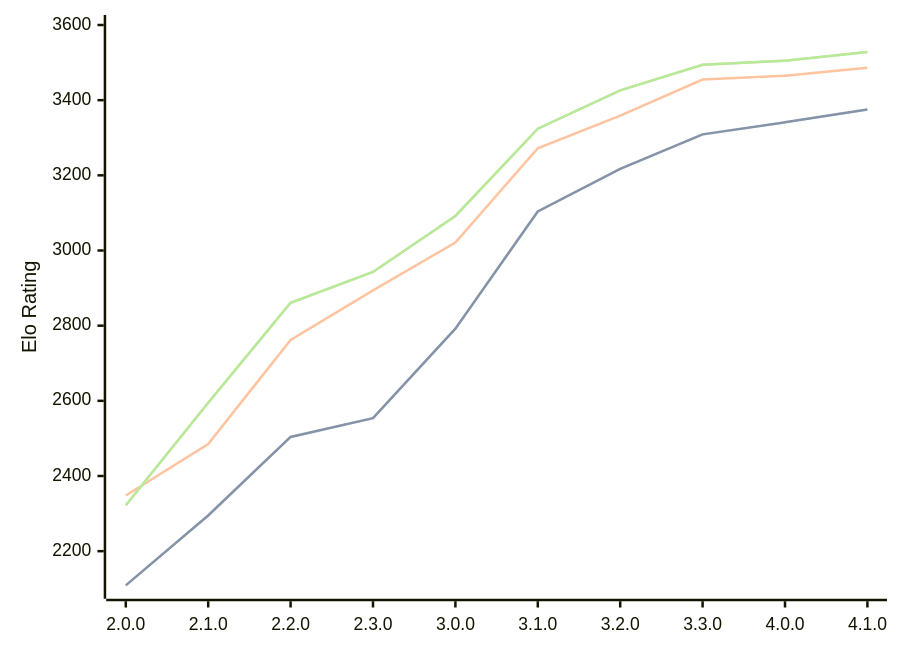
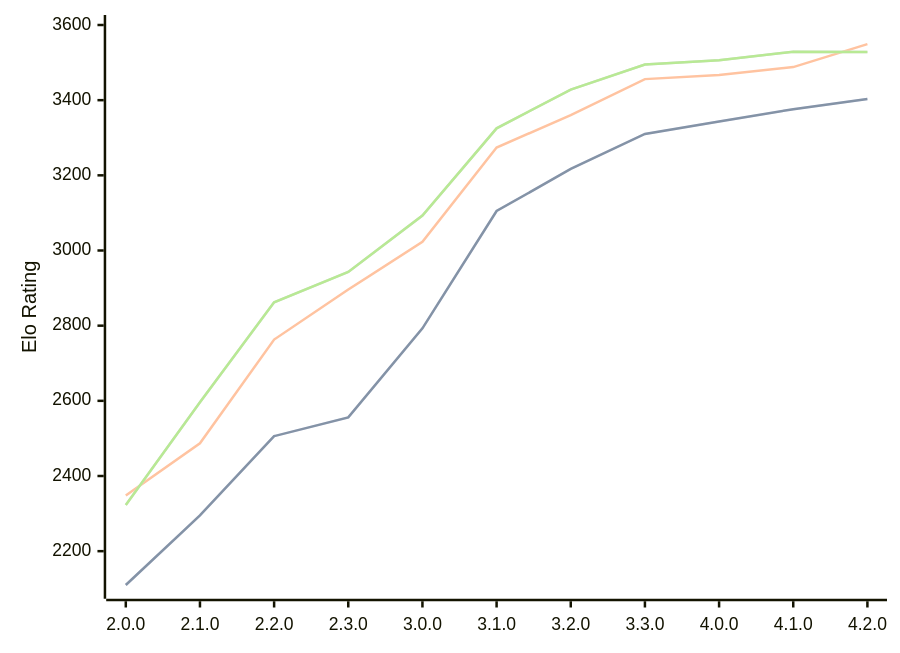
The first of 3 diagrams in engines/Raphael.md (computer-chess-index/cci), drawn with Mermaid before and after one commit. The commit also changed other lines of this file, not shown here.

Commit message:
Update CCI Ratings (ELO VLTC) - 2026-06-30

````diff
--- a/engines/Raphael.md
+++ b/engines/Raphael.md
@@ -52,11 +53,11 @@
 ```mermaid
 %%{init: {"theme":"base","themeVariables":{"seriesColors:['#a3a3a3','#222221','#faa371']}}}%%
 xychart-beta
-  x-axis ["2.0.0", "2.1.0", "2.2.0", "2.3.0", "3.0.0", "3.1.0", "3.2.0", "3.3.0", "4.0.0", "4.1.0"]
+  x-axis ["2.0.0", "2.1.0", "2.2.0", "2.3.0", "3.0.0", "3.1.0", "3.2.0", "3.3.0", "4.0.0", "4.1.0", "4.2.0"]
   y-axis "Elo Rating" 2100 --> 3600
-  line "STC (8.0+0.08s)" [2109, 2295, 2504, 2554, 2792, 3104, 3217, 3309, 3341, 3375]
-  line "STC (8.0+0.08s)" [2109, 2295, 2504, 2554, 2792, 3104, 3217, 3309, 3341, 3375]
-  line "LTC (60.0+0.60s)" [2348, 2485, 2762, 2894, 3021, 3272, 3359, 3455, 3465, 3486]
-  line "VLTC (2m24s+1.12s)" [2322, 2595, 2861, 2943, 3092, 3324, 3426, 3494, 3505, 3528]
-  line "VLTC (2m24s+1.12s)" [2322, 2595, 2861, 2943, 3092, 3324, 3426, 3494, 3505, 3528]
+  line "STC (8.0+0.08s)" [2110, 2295, 2506, 2556, 2793, 3105, 3217, 3310, 3343, 3376, 3403]
+  line "STC (8.0+0.08s)" [2110, 2295, 2506, 2556, 2793, 3105, 3217, 3310, 3343, 3376, 3403]
+  line "LTC (60.0+0.60s)" [2348, 2487, 2763, 2896, 3023, 3274, 3360, 3456, 3467, 3488, 3549]
+  line "VLTC (2m24s+1.12s)" [2323, 2596, 2862, 2943, 3093, 3325, 3428, 3495, 3506, 3529, 3528]
+  line "VLTC (2m24s+1.12s)" [2323, 2596, 2862, 2943, 3093, 3325, 3428, 3495, 3506, 3529, 3528]
 ```
````
